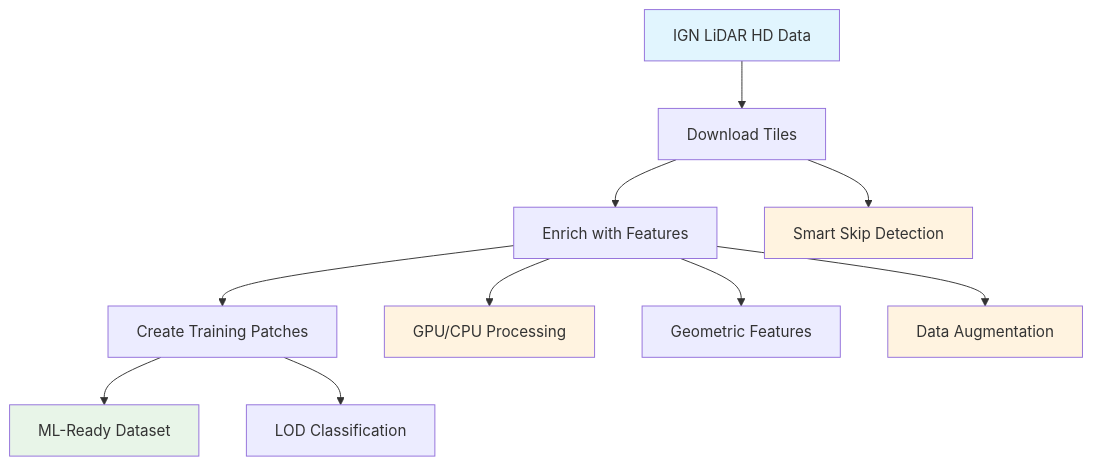
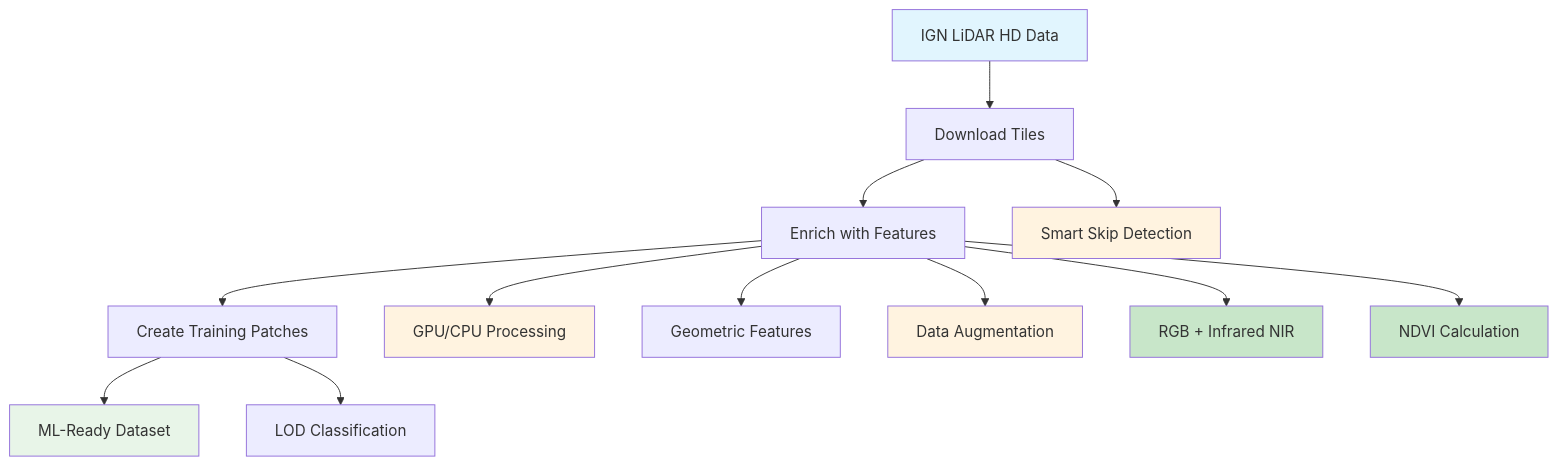
One commit to sducournau/IGN_LIDAR_HD_DATASET changed the first of 4 diagrams in README.md. Above: the diagram before and after it, drawn with Mermaid. The commit also changed other lines of this file and 29 other files, not shown here.

````diff
--- a/README.md
+++ b/README.md
@@ -81,19 +91,23 @@
 ```mermaid
 flowchart TD
     A[IGN LiDAR HD Data] --> B[Download Tiles]
     B --> C[Enrich with Features]
     C --> D[Create Training Patches]
     D --> E[ML-Ready Dataset]
 
     B --> B1[Smart Skip Detection]
     C --> C1[GPU/CPU Processing]
     C --> C2[Geometric Features]
     C --> C3[Data Augmentation]
+    C --> C4[RGB + Infrared NIR]
+    C --> C5[NDVI Calculation]
     D --> D1[LOD Classification]
 
     style A fill:#e1f5fe
     style E fill:#e8f5e8
     style B1 fill:#fff3e0
     style C1 fill:#fff3e0
     style C3 fill:#fff3e0
+    style C4 fill:#c8e6c9
+    style C5 fill:#c8e6c9
 ```
````
